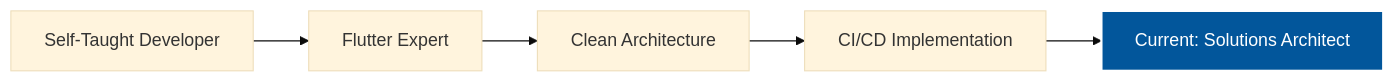
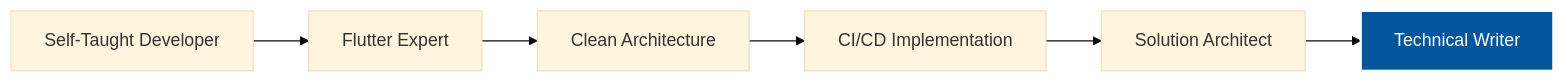
Before and after one commit to abhi153628/abhi153628: the diagram in README.md, drawn with Mermaid (base theme). The commit also changed other lines of this file, not shown here.

````diff
--- a/README.md
+++ b/README.md
@@ -89,8 +133,9 @@
 ```mermaid
 graph LR
     A[Self-Taught Developer] --> B[Flutter Expert]
     B --> C[Clean Architecture]
     C --> D[CI/CD Implementation]
-    D --> E[Current: Solutions Architect]
-    style E fill:#02569B,stroke:#fff,stroke-width:2px,color:#fff
+    D --> E[Solution Architect]
+    E --> F[Technical Writer]
+    style F fill:#02569B,stroke:#fff,stroke-width:2px,color:#fff
 ```
````
